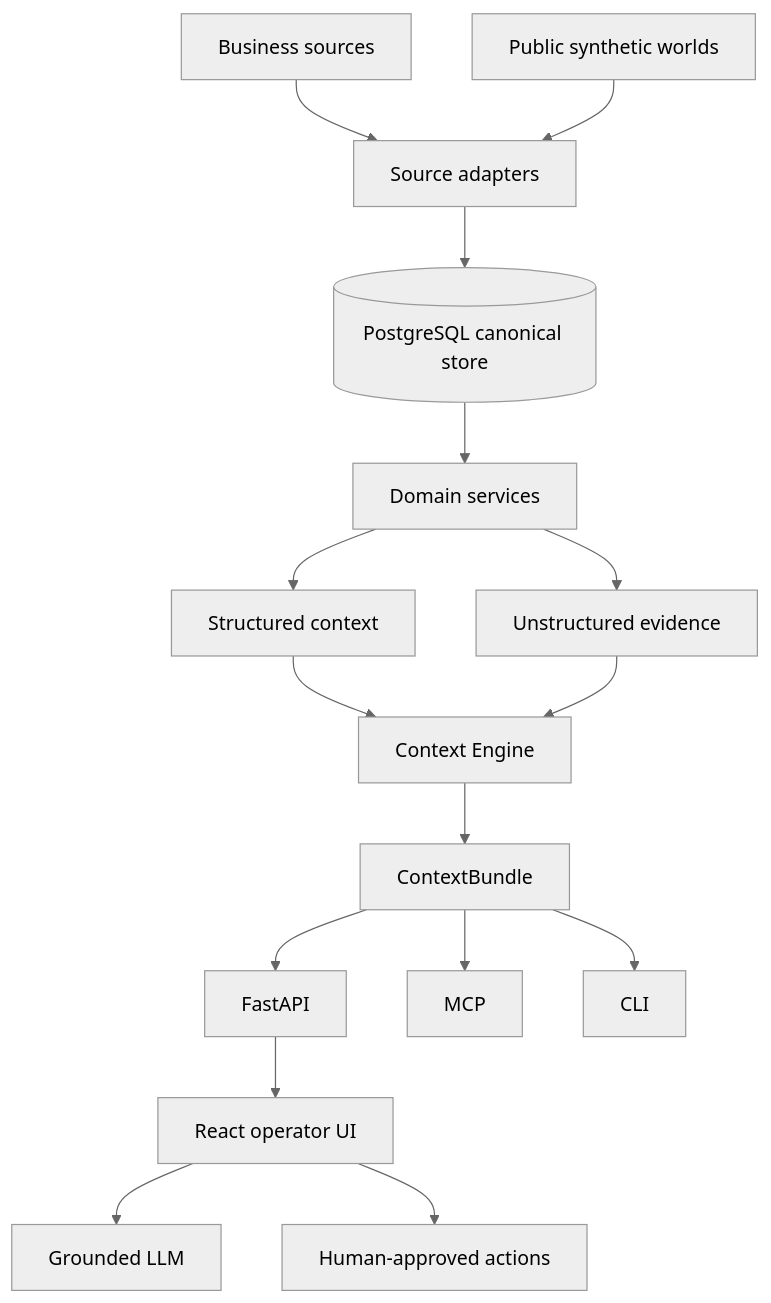
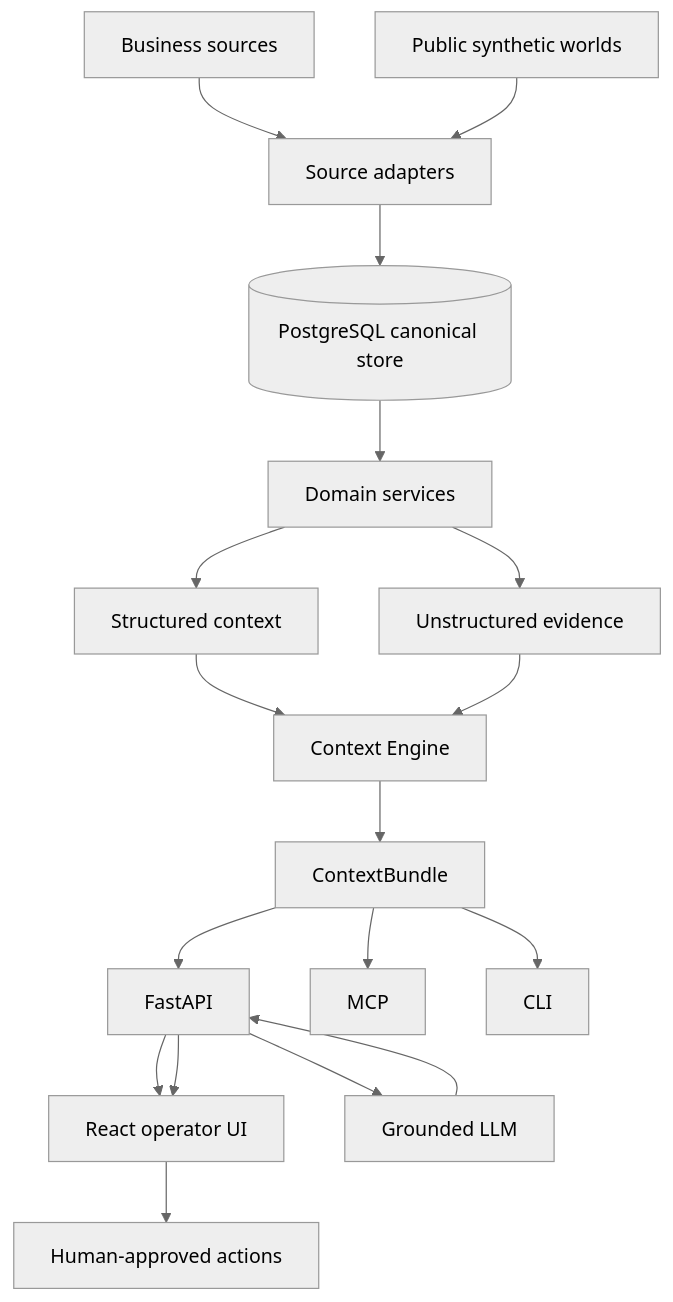
Before and after one commit to sebmvp/commerce-data-platform: the first of 6 diagrams in ARCHITECTURE.md, drawn with Mermaid (neutral theme). The commit also changed other lines of this file and 29 other files, not shown here.

````diff
--- a/ARCHITECTURE.md
+++ b/ARCHITECTURE.md
@@ -15,18 +15,20 @@
 ```mermaid
 flowchart TD
   sources[Business sources] --> adapters[Source adapters]
   synth[Public synthetic worlds] --> adapters
   adapters --> pg[(PostgreSQL canonical store)]
   pg --> services[Domain services]
   services --> structured[Structured context]
   services --> search[Unstructured evidence]
   structured --> engine[Context Engine]
   search --> engine
   engine --> bundle[ContextBundle]
   bundle --> api[FastAPI]
   bundle --> mcp[MCP]
   bundle --> cli[CLI]
   api --> ui[React operator UI]
-  ui --> llm[Grounded LLM]
+  api --> llm[Grounded LLM]
+  llm --> api
+  api --> ui
   ui --> human[Human-approved actions]
 ```
````
